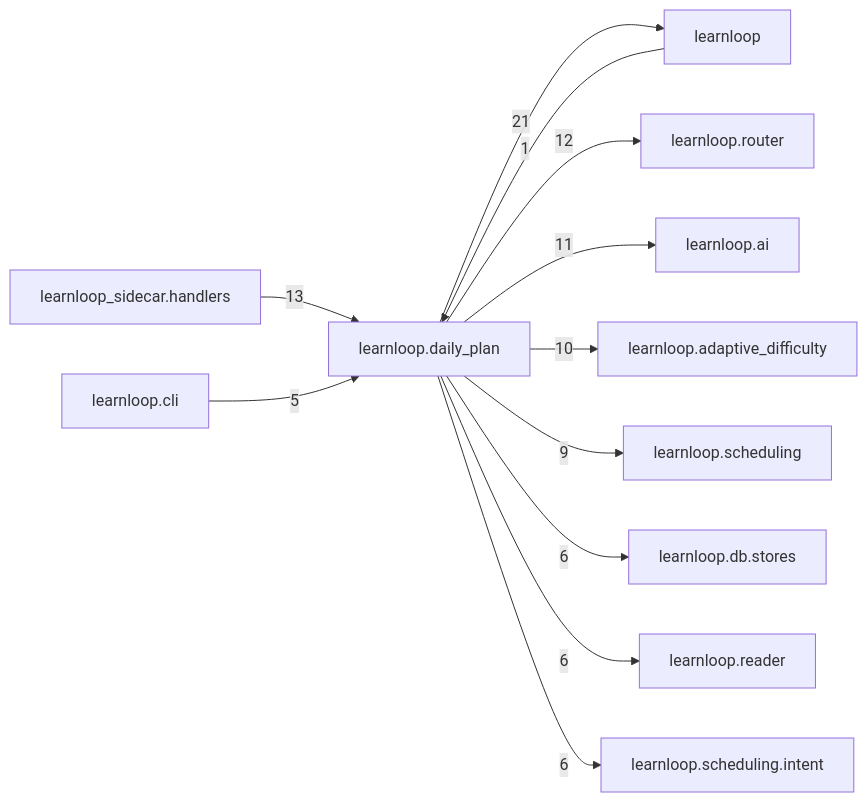
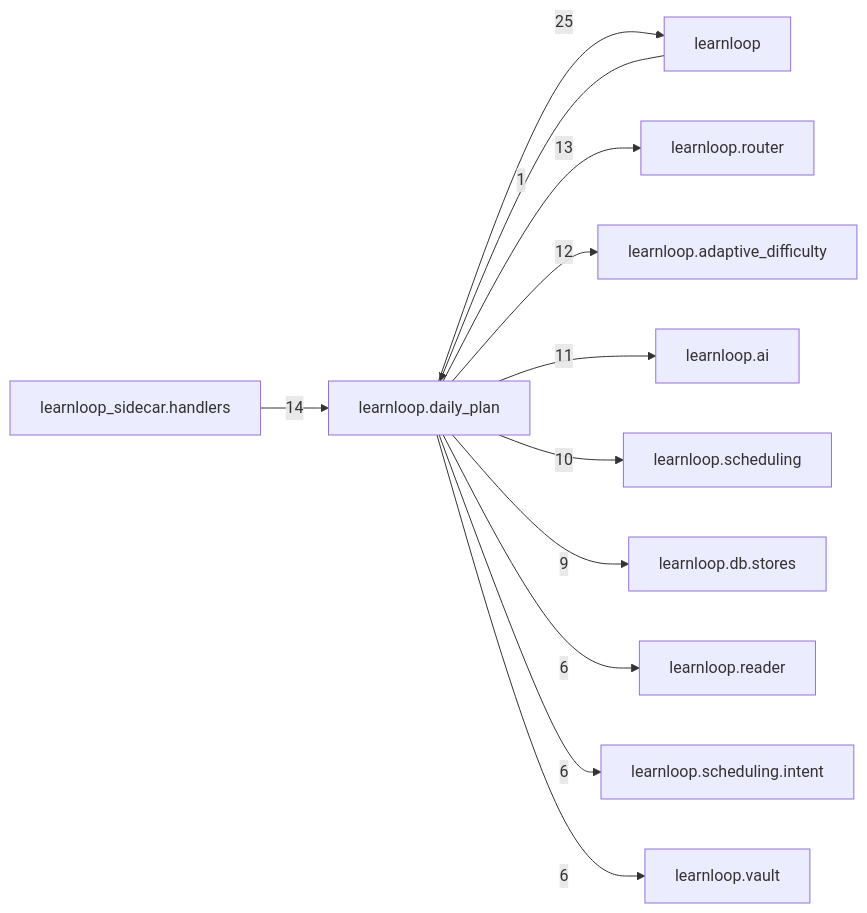
Before and after one commit to 6up-b/learnanything: the diagram in docs/learnloop-architecture-vault/Reference/Modules/learnloop/daily_plan/_package.md, drawn with Mermaid. The commit also changed other lines of this file and 601 other files, not shown here.

````diff
--- a/docs/learnloop-architecture-vault/Reference/Modules/learnloop/daily_plan/_package.md
+++ b/docs/learnloop-architecture-vault/Reference/Modules/learnloop/daily_plan/_package.md
@@ -141,25 +144,25 @@
 ```mermaid
 flowchart LR
     center["learnloop.daily_plan"]
     n_learnloop["learnloop"]
     n_learnloop_sidecar_handlers["learnloop_sidecar.handlers"]
     n_learnloop_router["learnloop.router"]
+    n_learnloop_adaptive_difficulty["learnloop.adaptive_difficulty"]
     n_learnloop_ai["learnloop.ai"]
-    n_learnloop_adaptive_difficulty["learnloop.adaptive_difficulty"]
     n_learnloop_scheduling["learnloop.scheduling"]
     n_learnloop_db_stores["learnloop.db.stores"]
     n_learnloop_reader["learnloop.reader"]
     n_learnloop_scheduling_intent["learnloop.scheduling.intent"]
-    n_learnloop_cli["learnloop.cli"]
+    n_learnloop_vault["learnloop.vault"]
     n_learnloop -->|1| center
-    center -->|21| n_learnloop
-    n_learnloop_sidecar_handlers -->|13| center
-    center -->|12| n_learnloop_router
+    center -->|25| n_learnloop
+    n_learnloop_sidecar_handlers -->|14| center
+    center -->|13| n_learnloop_router
+    center -->|12| n_learnloop_adaptive_difficulty
     center -->|11| n_learnloop_ai
-    center -->|10| n_learnloop_adaptive_difficulty
-    center -->|9| n_learnloop_scheduling
-    center -->|6| n_learnloop_db_stores
+    center -->|10| n_learnloop_scheduling
+    center -->|9| n_learnloop_db_stores
     center -->|6| n_learnloop_reader
     center -->|6| n_learnloop_scheduling_intent
-    n_learnloop_cli -->|5| center
+    center -->|6| n_learnloop_vault
 ```
````
